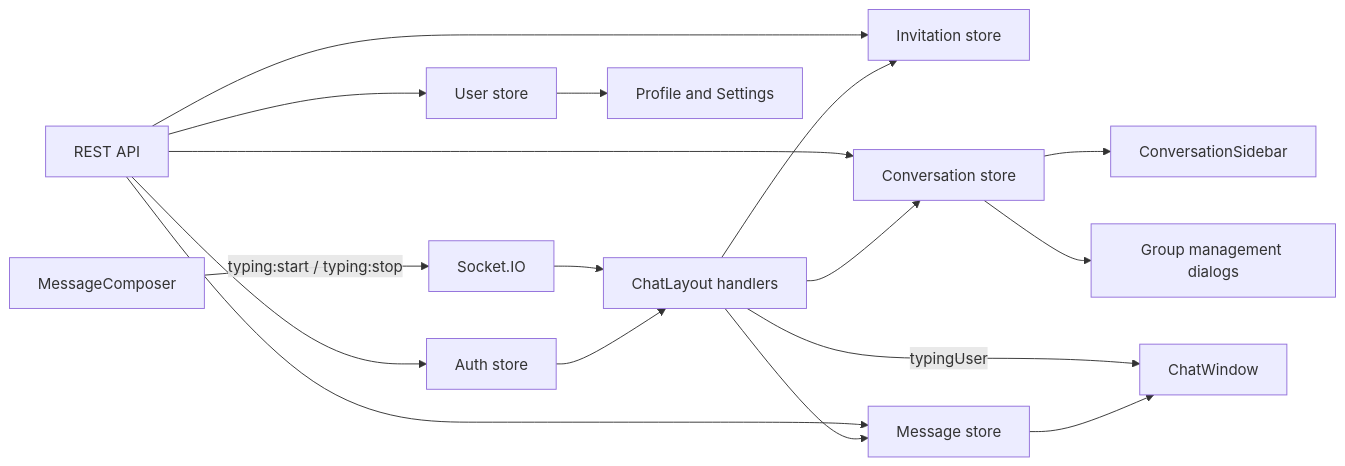
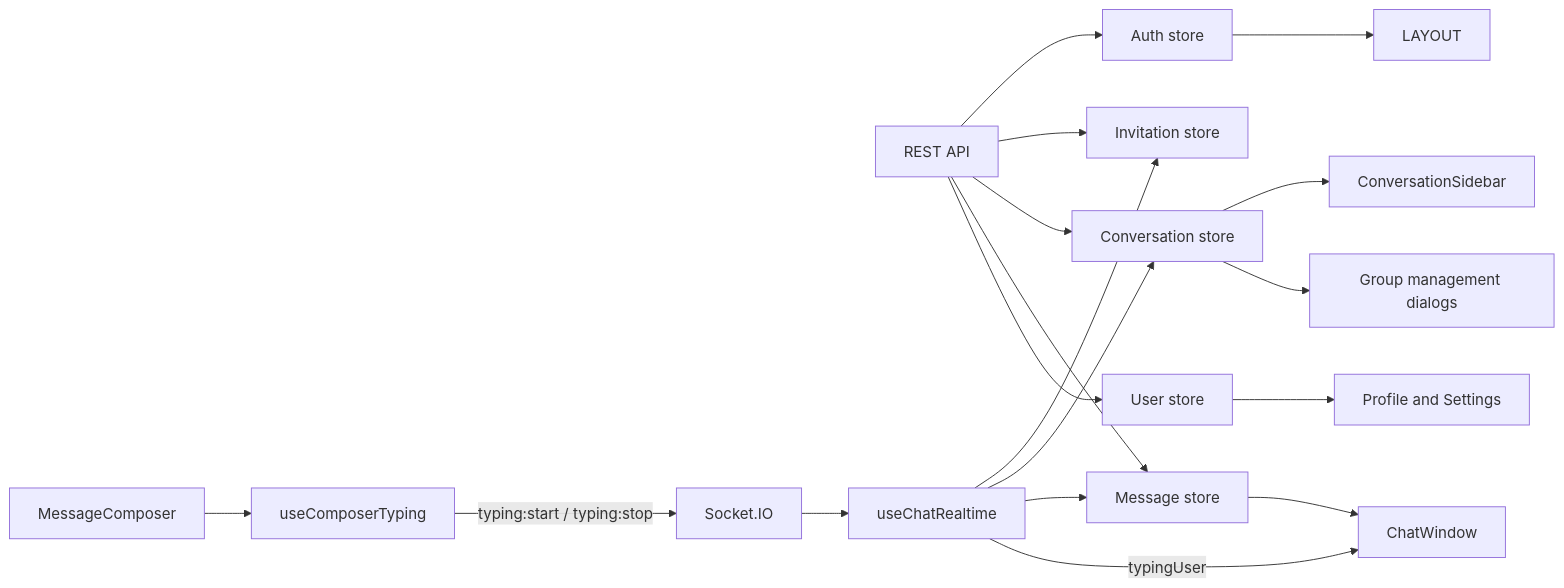
One commit to Saurav11343/click-chat changed the second of 3 diagrams in docs/06-frontend-design.md. Above: the diagram before and after it, drawn with Mermaid. The commit also changed other lines of this file and 183 other files, not shown here.

````diff
--- a/docs/06-frontend-design.md
+++ b/docs/06-frontend-design.md
@@ -75,19 +100,20 @@
 ```mermaid
 flowchart LR
     API["REST API"] --> AUTH["Auth store"]
     API --> INV["Invitation store"]
     API --> CON["Conversation store"]
     API --> MSG["Message store"]
     API --> USER["User store"]
-    SOCKET["Socket.IO"] --> LAYOUT["ChatLayout handlers"]
-    COMP["MessageComposer"] -->|"typing:start / typing:stop"| SOCKET
-    LAYOUT --> INV
-    LAYOUT --> CON
-    LAYOUT --> MSG
-    LAYOUT -->|"typingUser"| WINDOW
+    SOCKET["Socket.IO"] --> REALTIME["useChatRealtime"]
+    COMP["MessageComposer"] --> TYPING["useComposerTyping"]
+    TYPING -->|"typing:start / typing:stop"| SOCKET
+    REALTIME --> INV
+    REALTIME --> CON
+    REALTIME --> MSG
+    REALTIME -->|"typingUser"| WINDOW
     CON --> SIDEBAR["ConversationSidebar"]
     MSG --> WINDOW["ChatWindow"]
     AUTH --> LAYOUT
     USER --> PROFILE["Profile and Settings"]
     CON --> GROUPS["Group management dialogs"]
 ```
````
